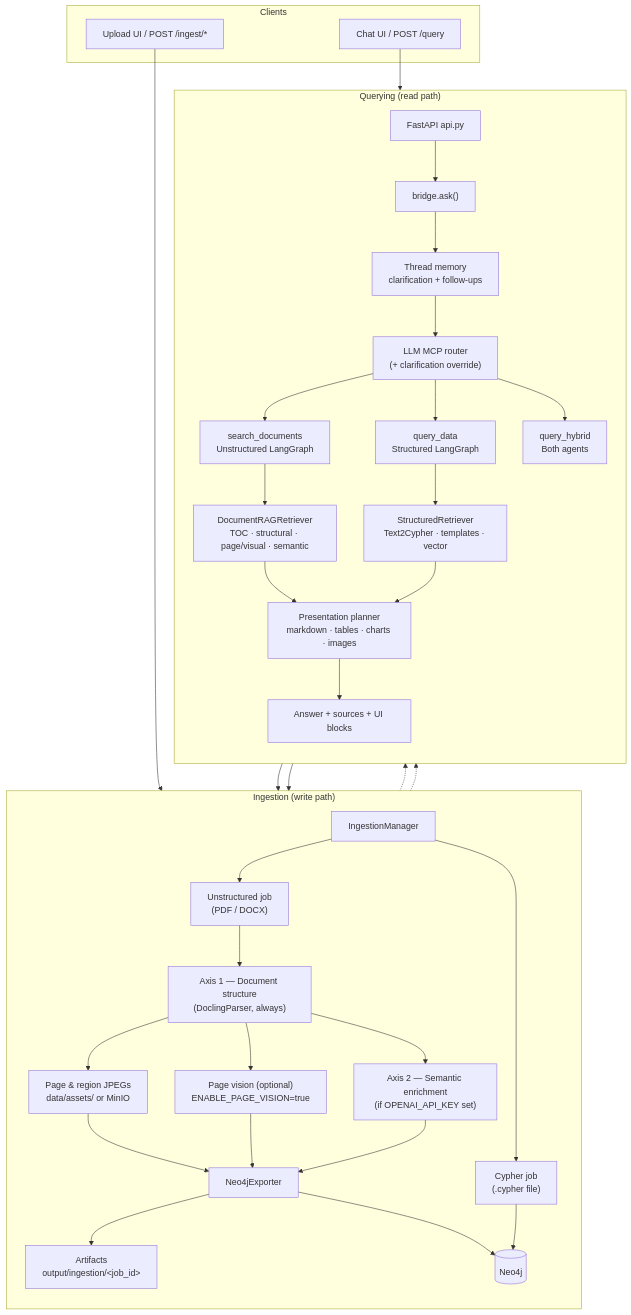
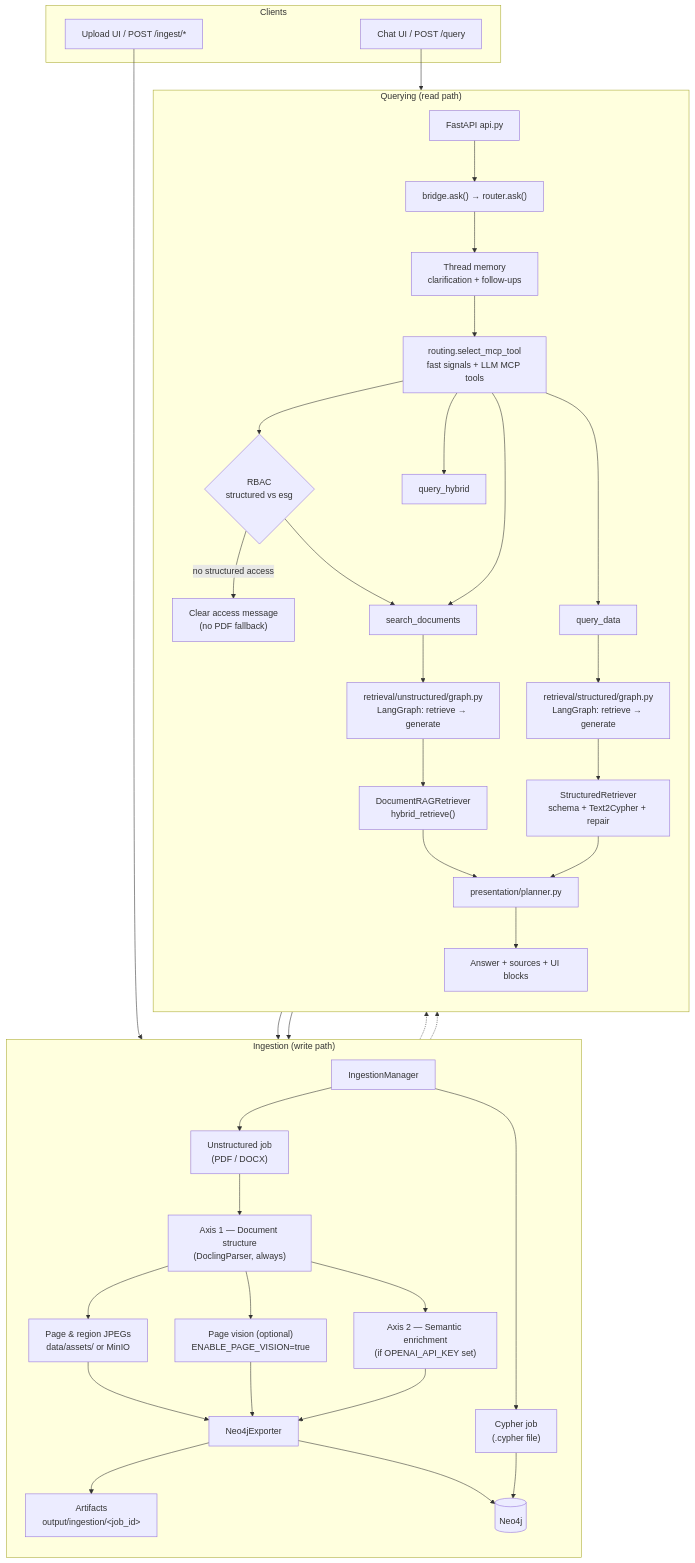
One commit to umerjavaidkh/agentic_graph_rag changed the first of 3 diagrams in README.md. Above: the diagram before and after it, drawn with Mermaid. The commit also changed other lines of this file, not shown here.

````diff
--- a/README.md
+++ b/README.md
@@ -306,51 +306,57 @@
 ```mermaid
 flowchart TB
     subgraph Clients["Clients"]
         CHAT["Chat UI / POST /query"]
         UP["Upload UI / POST /ingest/*"]
     end
 
     subgraph Ingest["Ingestion (write path)"]
         direction TB
         UP --> IM["IngestionManager"]
         IM --> U["Unstructured job<br/>(PDF / DOCX)"]
         IM --> C["Cypher job<br/>(.cypher file)"]
 
         U --> A1["Axis 1 — Document structure<br/>(DoclingParser, always)"]
         A1 --> ASSETS["Page & region JPEGs<br/>data/assets/ or MinIO"]
         A1 --> VISION["Page vision (optional)<br/>ENABLE_PAGE_VISION=true"]
         A1 --> A2["Axis 2 — Semantic enrichment<br/>(if OPENAI_API_KEY set)"]
         ASSETS --> EXP["Neo4jExporter"]
         VISION --> EXP
         A2 --> EXP
         EXP --> ART["Artifacts<br/>output/ingestion/&lt;job_id&gt;"]
         EXP --> NEO4J[("Neo4j")]
 
         C --> NEO4J
     end
 
     subgraph Query["Querying (read path)"]
         direction TB
         CHAT --> API["FastAPI api.py"]
-        API --> ASK["bridge.ask()"]
+        API --> ASK["bridge.ask() → router.ask()"]
         ASK --> TM["Thread memory<br/>clarification + follow-ups"]
-        TM --> ROUTE["LLM MCP router<br/>(+ clarification override)"]
+        TM --> ROUTE["routing.select_mcp_tool<br/>fast signals + LLM MCP tools"]
+        ROUTE --> RBAC{"RBAC<br/>structured vs esg"}
 
-        ROUTE --> SD["search_documents<br/>Unstructured LangGraph"]
-        ROUTE --> QD["query_data<br/>Structured LangGraph"]
-        ROUTE --> HY["query_hybrid<br/>Both agents"]
+        RBAC -->|no structured access| DENY["Clear access message<br/>(no PDF fallback)"]
+        RBAC --> SD
+        ROUTE --> SD["search_documents"]
+        ROUTE --> QD["query_data"]
+        ROUTE --> HY["query_hybrid"]
 
-        SD --> DR["DocumentRAGRetriever<br/>TOC · structural · page/visual · semantic"]
-        QD --> SR["StructuredRetriever<br/>Text2Cypher · templates · vector"]
+        SD --> LGU["retrieval/unstructured/graph.py<br/>LangGraph: retrieve → generate"]
+        QD --> LGS["retrieval/structured/graph.py<br/>LangGraph: retrieve → generate"]
+
+        LGU --> DR["DocumentRAGRetriever<br/>hybrid_retrieve()"]
+        LGS --> SR["StructuredRetriever<br/>schema + Text2Cypher + repair"]
 
         DR --> NEO4J
         SR --> NEO4J
 
-        DR --> PRES["Presentation planner<br/>markdown · tables · charts · images"]
+        DR --> PRES["presentation/planner.py"]
         SR --> PRES
         PRES --> ANS["Answer + sources + UI blocks"]
     end
 
     NEO4J -.-> DR
     NEO4J -.-> SR
 ```
````
